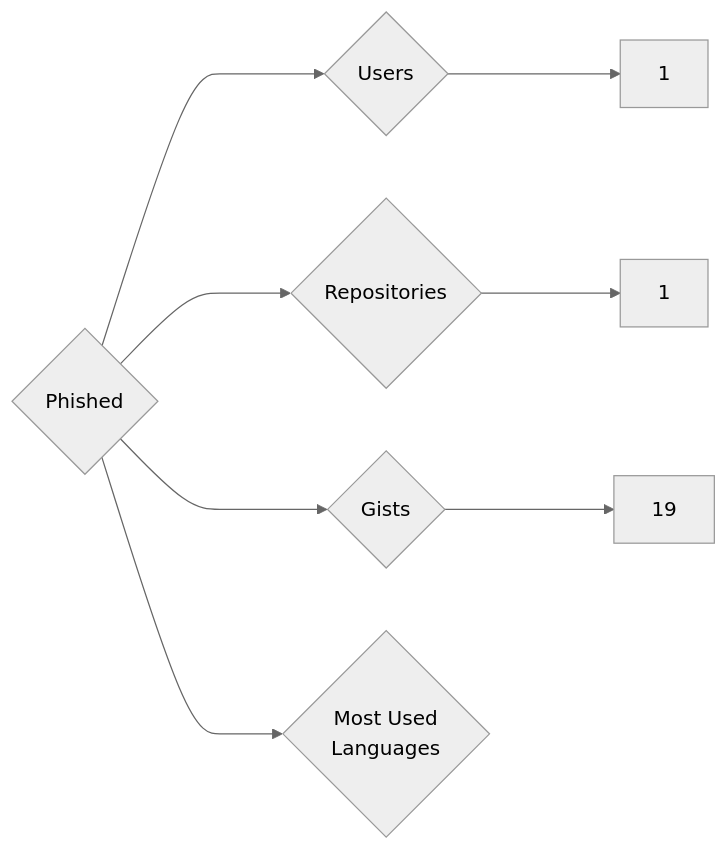
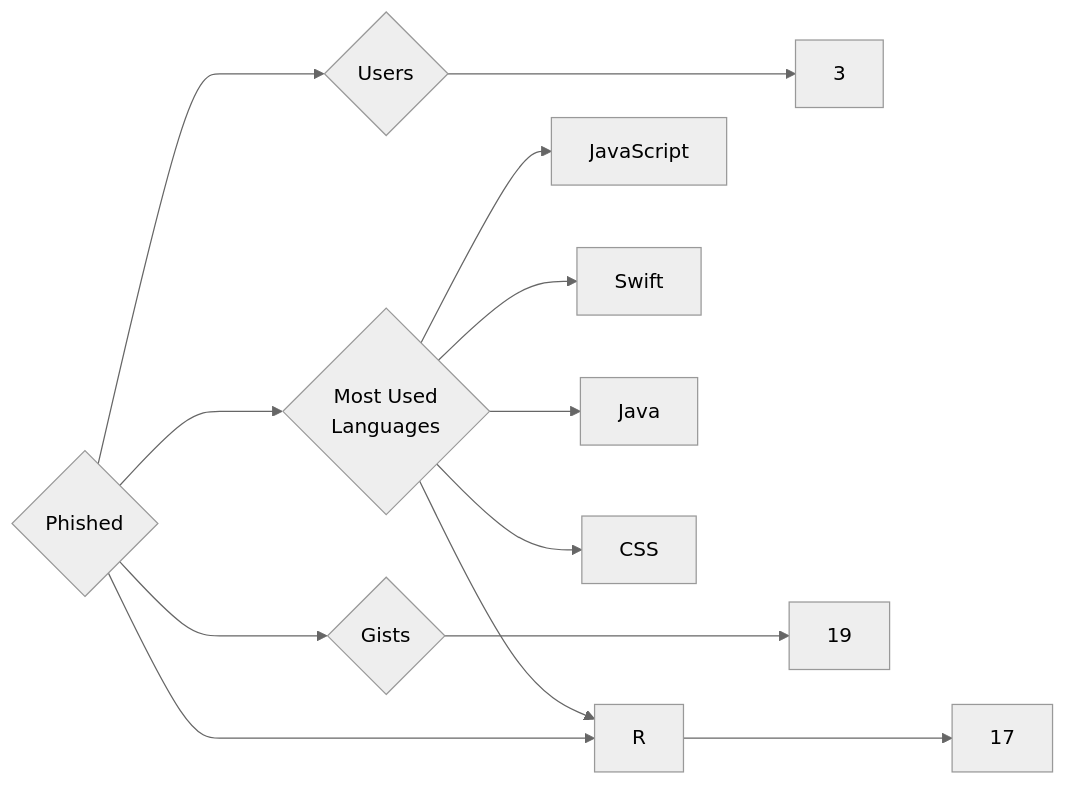
The diagram in targets/Phished/README.md (trickest/insiders), drawn with Mermaid (neutral theme) before and after one commit. The commit also changed 939 other files, not shown here.

````diff
--- a/targets/Phished/README.md
+++ b/targets/Phished/README.md
@@ -3,8 +3,13 @@
 ```mermaid
 graph LR
 COMPANY_NAME{Phished}
-COMPANY_NAME ---> U{Users} ---> UN[1]
-COMPANY_NAME ---> R{Repositories} ---> RN[1]
+COMPANY_NAME ---> U{Users} ---> UN[3]
+COMPANY_NAME ---> R{Repositories} ---> RN[17]
 COMPANY_NAME ---> G{Gists} ---> GN[19]
 COMPANY_NAME ---> ML{Most Used<br>Languages}
+ML --> JavaScript[JavaScript]
+ML --> R[R]
+ML --> Swift[Swift]
+ML --> Java[Java]
+ML --> CSS[CSS]
 ```
````
